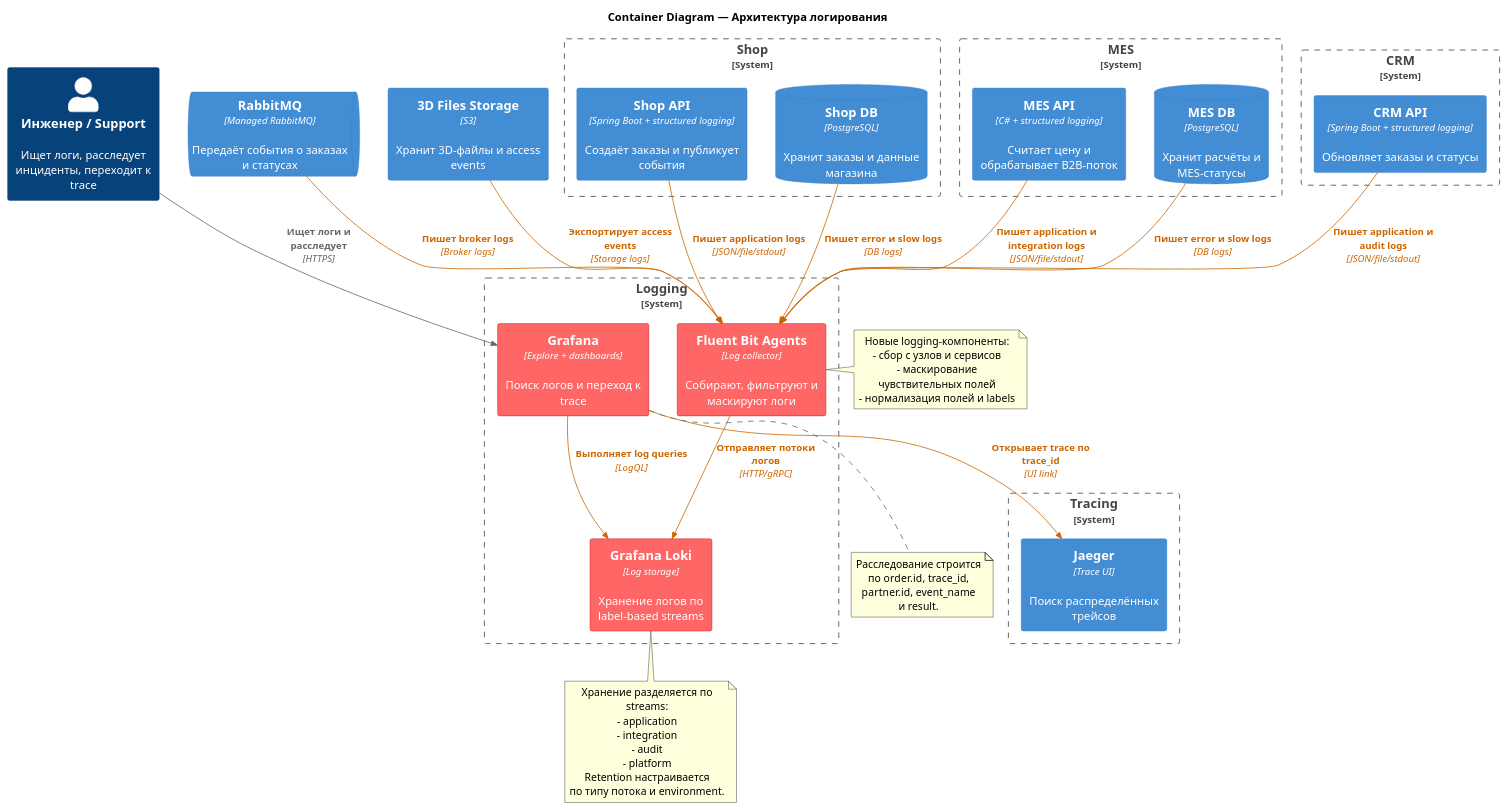
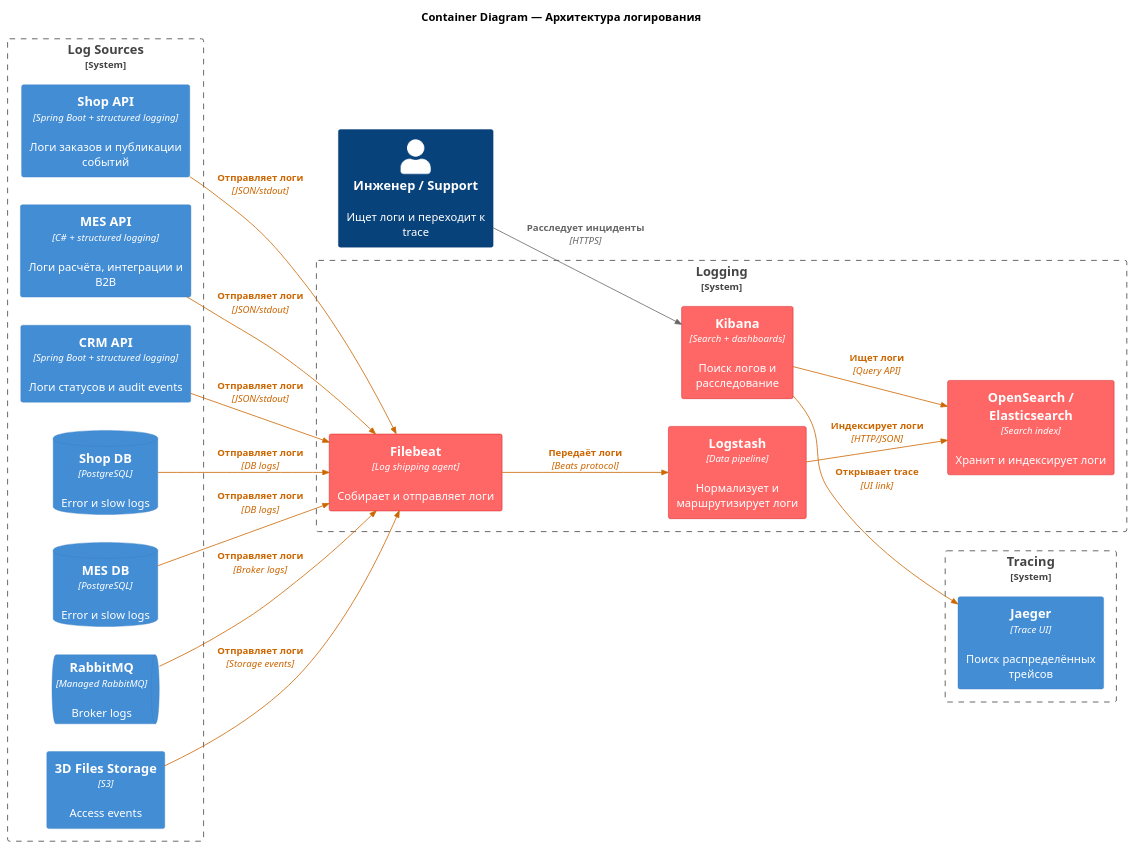
The diagram in Task4/logging_architecture.puml (astandrik/architecture-pro-alexandrite), drawn with PlantUML before and after one commit. The commit also changed 2 other files, not shown here.

Commit message:
fix: task4 better logging

```diff
--- a/Task4/logging_architecture.puml
+++ b/Task4/logging_architecture.puml
@@ -1,78 +1,49 @@
 @startuml logging_architecture
 !include https://raw.githubusercontent.com/plantuml-stdlib/C4-PlantUML/master/C4_Container.puml
 
 HIDE_STEREOTYPE()
+LAYOUT_LEFT_RIGHT()
 
 title Container Diagram — Архитектура логирования
 
 AddElementTag("new", $bgColor="#FF6666", $borderColor="#CC0000", $fontColor="#FFFFFF")
 AddRelTag("log", $lineColor="#CC6600", $textColor="#CC6600")
 
-Person(engineer, "Инженер / Support", "Ищет логи, расследует инциденты, переходит к trace")
+Person(engineer, "Инженер / Support", "Ищет логи и переходит к trace")
 
-System_Boundary(shop, "Shop") {
-    Container(shopApi, "Shop API", "Spring Boot + structured logging", "Создаёт заказы и публикует события")
-    ContainerDb(shopDb, "Shop DB", "PostgreSQL", "Хранит заказы и данные магазина")
+System_Boundary(sources, "Log Sources") {
+    Container(shopApi, "Shop API", "Spring Boot + structured logging", "Логи заказов и публикации событий")
+    Container(mesApi, "MES API", "C# + structured logging", "Логи расчёта, интеграции и B2B")
+    Container(crmApi, "CRM API", "Spring Boot + structured logging", "Логи статусов и audit events")
+    ContainerDb(shopDb, "Shop DB", "PostgreSQL", "Error и slow logs")
+    ContainerDb(mesDb, "MES DB", "PostgreSQL", "Error и slow logs")
+    ContainerQueue(mq, "RabbitMQ", "Managed RabbitMQ", "Broker logs")
+    Container(s3, "3D Files Storage", "S3", "Access events")
 }
 
-ContainerQueue(mq, "RabbitMQ", "Managed RabbitMQ", "Передаёт события о заказах и статусах")
-
-System_Boundary(mes, "MES") {
-    Container(mesApi, "MES API", "C# + structured logging", "Считает цену и обрабатывает B2B-поток")
-    ContainerDb(mesDb, "MES DB", "PostgreSQL", "Хранит расчёты и MES-статусы")
-}
-
-System_Boundary(crm, "CRM") {
-    Container(crmApi, "CRM API", "Spring Boot + structured logging", "Обновляет заказы и статусы")
-}
-
-Container(s3, "3D Files Storage", "S3", "Хранит 3D-файлы и access events")
-
 System_Boundary(logging, "Logging") {
-    Container(logAgent, "Fluent Bit Agents", "Log collector", "Собирают, фильтруют и маскируют логи", $tags="new")
-    Container(loki, "Grafana Loki", "Log storage", "Хранение логов по label-based streams", $tags="new")
-    Container(grafana, "Grafana", "Explore + dashboards", "Поиск логов и переход к trace", $tags="new")
+    Container(filebeat, "Filebeat", "Log shipping agent", "Собирает и отправляет логи", $tags="new")
+    Container(logstash, "Logstash", "Data pipeline", "Нормализует и маршрутизирует логи", $tags="new")
+    Container(search, "OpenSearch / Elasticsearch", "Search index", "Хранит и индексирует логи", $tags="new")
+    Container(kibana, "Kibana", "Search + dashboards", "Поиск логов и расследование", $tags="new")
 }
 
 System_Boundary(tracing, "Tracing") {
     Container(jaeger, "Jaeger", "Trace UI", "Поиск распределённых трейсов")
 }
 
-Rel(shopApi, logAgent, "Пишет application logs", "JSON/file/stdout", $tags="log")
-Rel(shopDb, logAgent, "Пишет error и slow logs", "DB logs", $tags="log")
-Rel(mq, logAgent, "Пишет broker logs", "Broker logs", $tags="log")
-Rel(mesApi, logAgent, "Пишет application и integration logs", "JSON/file/stdout", $tags="log")
-Rel(mesDb, logAgent, "Пишет error и slow logs", "DB logs", $tags="log")
-Rel(crmApi, logAgent, "Пишет application и audit logs", "JSON/file/stdout", $tags="log")
-Rel(s3, logAgent, "Экспортирует access events", "Storage logs", $tags="log")
+Rel(shopApi, filebeat, "Отправляет логи", "JSON/stdout", $tags="log")
+Rel(mesApi, filebeat, "Отправляет логи", "JSON/stdout", $tags="log")
+Rel(crmApi, filebeat, "Отправляет логи", "JSON/stdout", $tags="log")
+Rel(shopDb, filebeat, "Отправляет логи", "DB logs", $tags="log")
+Rel(mesDb, filebeat, "Отправляет логи", "DB logs", $tags="log")
+Rel(mq, filebeat, "Отправляет логи", "Broker logs", $tags="log")
+Rel(s3, filebeat, "Отправляет логи", "Storage events", $tags="log")
 
-Rel(logAgent, loki, "Отправляет потоки логов", "HTTP/gRPC", $tags="log")
-Rel(grafana, loki, "Выполняет log queries", "LogQL", $tags="log")
-Rel(engineer, grafana, "Ищет логи и расследует", "HTTPS")
-Rel(grafana, jaeger, "Открывает trace по trace_id", "UI link", $tags="log")
-
-note right of logAgent
-Новые logging-компоненты:
-- сбор с узлов и сервисов
-- маскирование чувствительных полей
-- нормализация полей и labels
-end note
-
-note bottom of loki
-Хранение разделяется по streams:
-- application
-- integration
-- audit
-- platform
-Retention настраивается
-по типу потока и environment.
-end note
-
-note bottom of grafana
-Расследование строится
-по order.id, trace_id,
-partner.id, event_name
-и result.
-end note
+Rel(filebeat, logstash, "Передаёт логи", "Beats protocol", $tags="log")
+Rel(logstash, search, "Индексирует логи", "HTTP/JSON", $tags="log")
+Rel(kibana, search, "Ищет логи", "Query API", $tags="log")
+Rel(engineer, kibana, "Расследует инциденты", "HTTPS")
+Rel(kibana, jaeger, "Открывает trace", "UI link", $tags="log")
 
 @enduml
```
